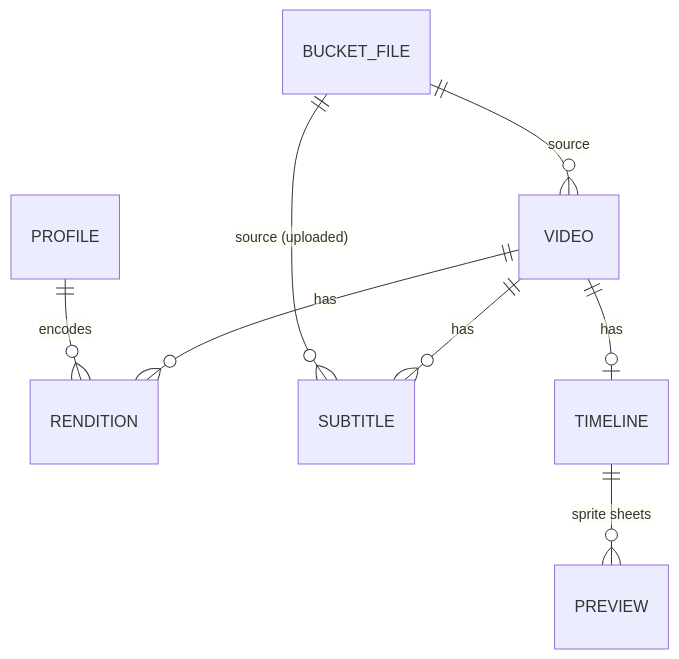
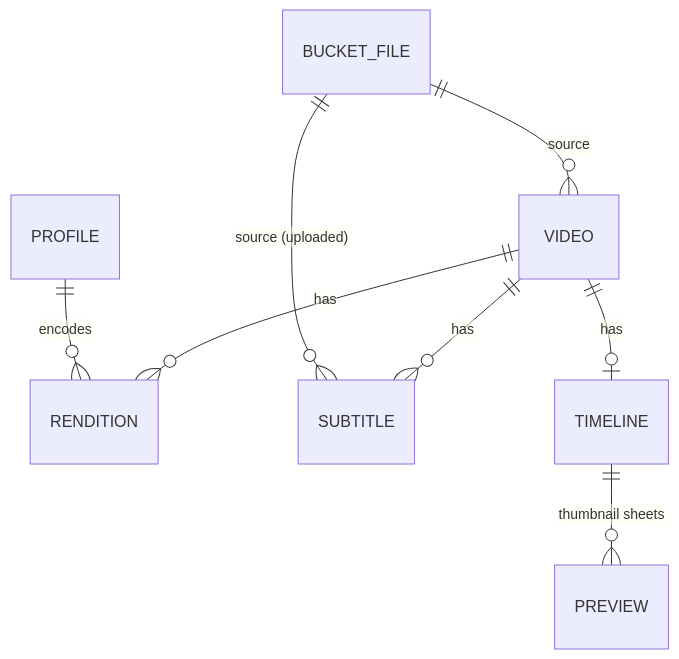
One commit to appwrite/appwrite changed the diagram in apps/console/docs/videos-spec.md. Above: the diagram before and after it, drawn with Mermaid. The commit also changed other lines of this file and 31 other files, not shown here.

First line of the commit message:
refactor(videos): rename sprite references to thumbnail and update related logic

````diff
--- a/apps/console/docs/videos-spec.md
+++ b/apps/console/docs/videos-spec.md
@@ -18,10 +18,10 @@
 ```mermaid
 erDiagram
   BUCKET_FILE ||--o{ VIDEO : "source"
   VIDEO ||--o{ RENDITION : "has"
   PROFILE ||--o{ RENDITION : "encodes"
   VIDEO ||--o{ SUBTITLE : "has"
   BUCKET_FILE ||--o{ SUBTITLE : "source (uploaded)"
   VIDEO ||--o| TIMELINE : "has"
-  TIMELINE ||--o{ PREVIEW : "sprite sheets"
+  TIMELINE ||--o{ PREVIEW : "thumbnail sheets"
 ```
````
